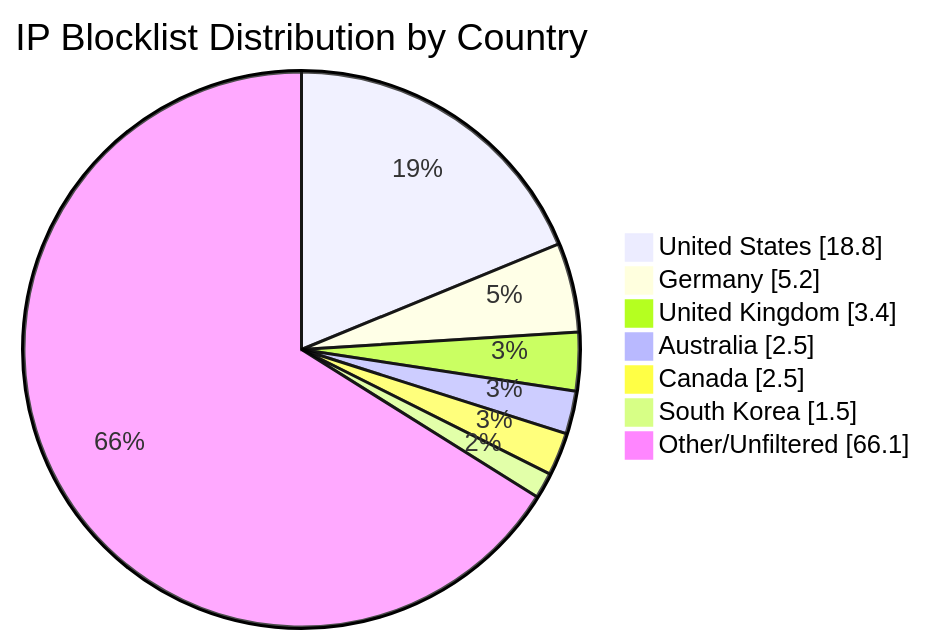
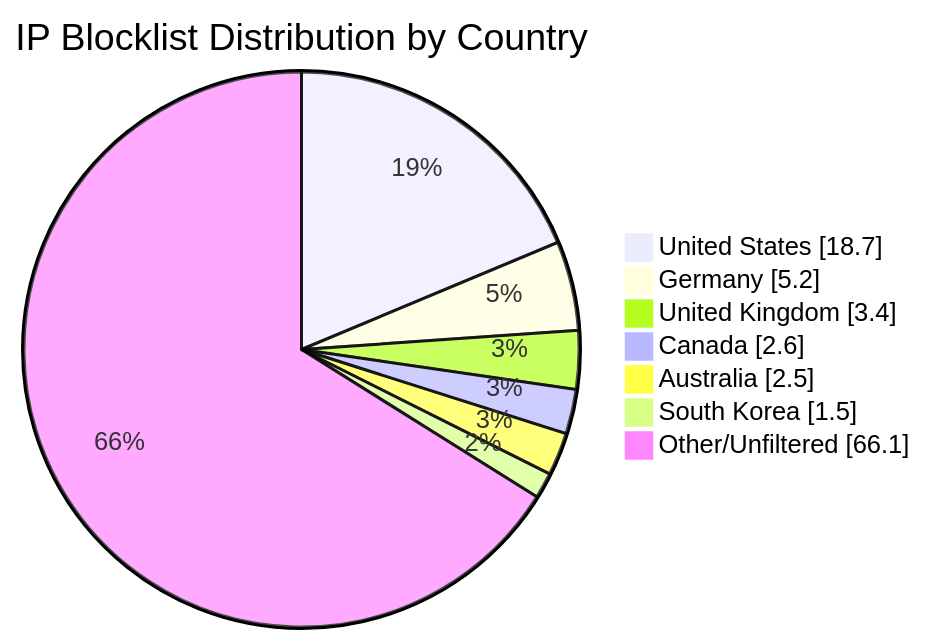
One commit to MarcusHoltz/ipblocklist-geofiltered-aggregator changed the diagram in README.md. Above: the diagram before and after it, drawn with Mermaid. The commit also changed other lines of this file and 9 other files, not shown here.

````diff
--- a/README.md
+++ b/README.md
@@ -34,10 +34,10 @@
 ```mermaid
 pie showData title IP Blocklist Distribution by Country
-"United States" : 18.8
+"United States" : 18.7
 "Germany" : 5.2
 "United Kingdom" : 3.4
+"Canada" : 2.6
 "Australia" : 2.5
-"Canada" : 2.5
 "South Korea" : 1.5
 "Other/Unfiltered" : 66.1
 ```
````
